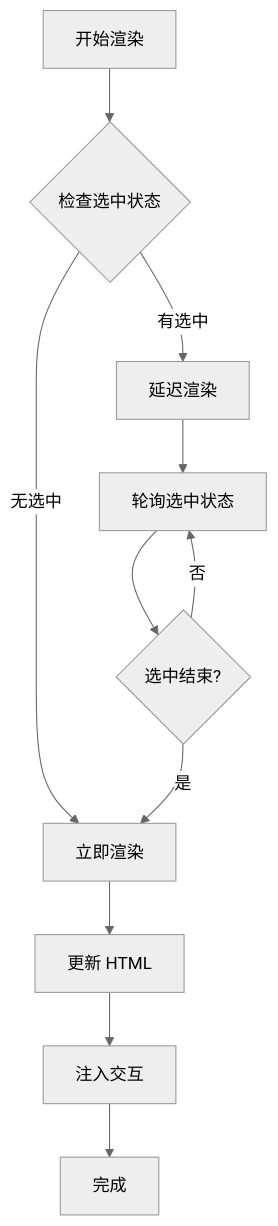
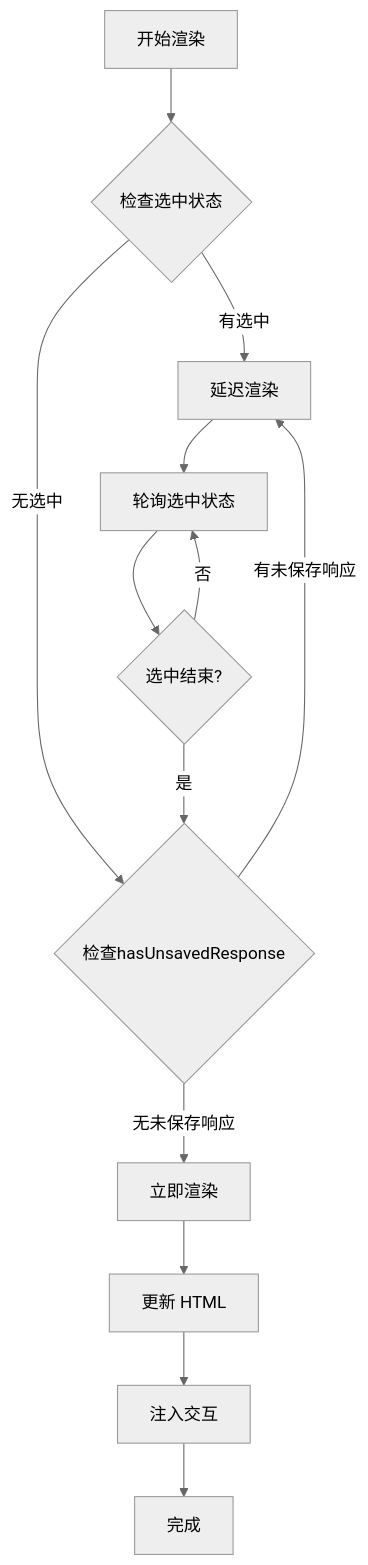
Before and after one commit to xixixiaoyu/Todo: diagram 11 of 12 in .qoder/repowiki/zh/content/前端开发/AI 聊天样式系统.md, drawn with Mermaid (neutral theme). The commit also changed other lines of this file and 8 other files, not shown here.

````diff
--- a/.qoder/repowiki/zh/content/前端开发/AI 聊天样式系统.md
+++ b/.qoder/repowiki/zh/content/前端开发/AI 聊天样式系统.md
@@ -427,13 +475,15 @@
 ```mermaid
 flowchart TD
 Start[开始渲染] --> CheckSelection{检查选中状态}
 CheckSelection --> |有选中| DelayRender[延迟渲染]
-CheckSelection --> |无选中| RenderNow[立即渲染]
+CheckSelection --> |无选中| CheckUnsaved{检查hasUnsavedResponse}
+CheckUnsaved --> |有未保存响应| DelayRender
+CheckUnsaved --> |无未保存响应| RenderNow[立即渲染]
 DelayRender --> PollSelection[轮询选中状态]
 PollSelection --> SelectionEnd{选中结束?}
 SelectionEnd --> |否| PollSelection
-SelectionEnd --> |是| RenderNow
+SelectionEnd --> |是| CheckUnsaved
 RenderNow --> UpdateHTML[更新 HTML]
 UpdateHTML --> InjectInteractions[注入交互]
 InjectInteractions --> End[完成]
 ```
````
